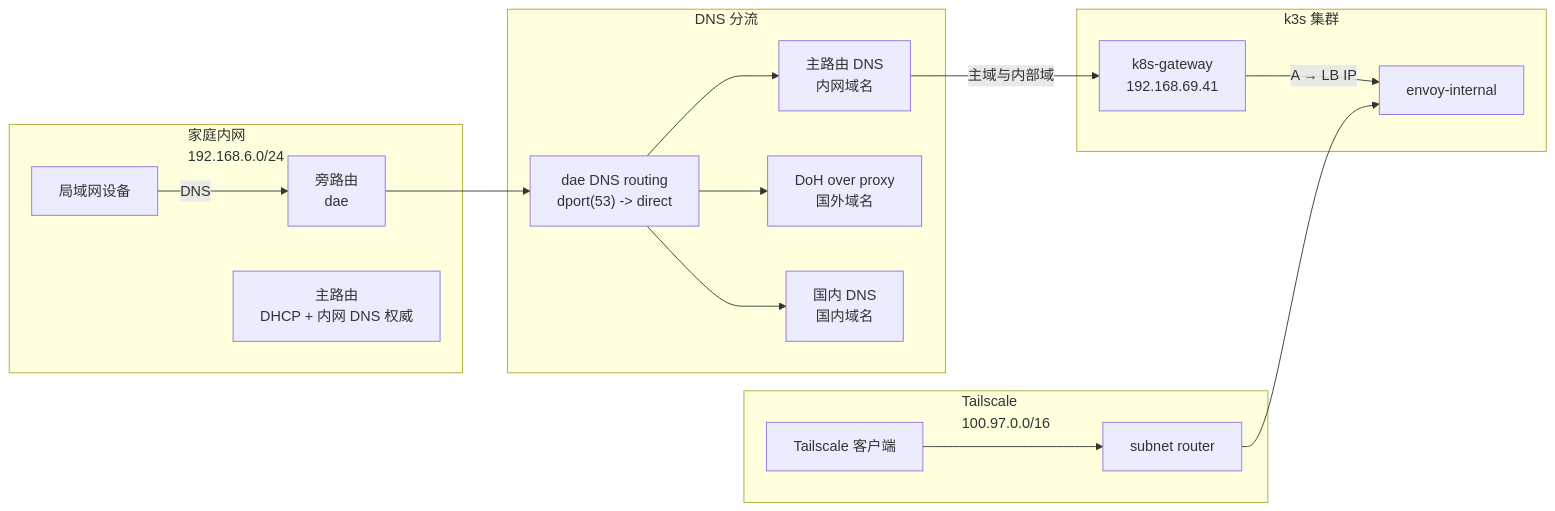
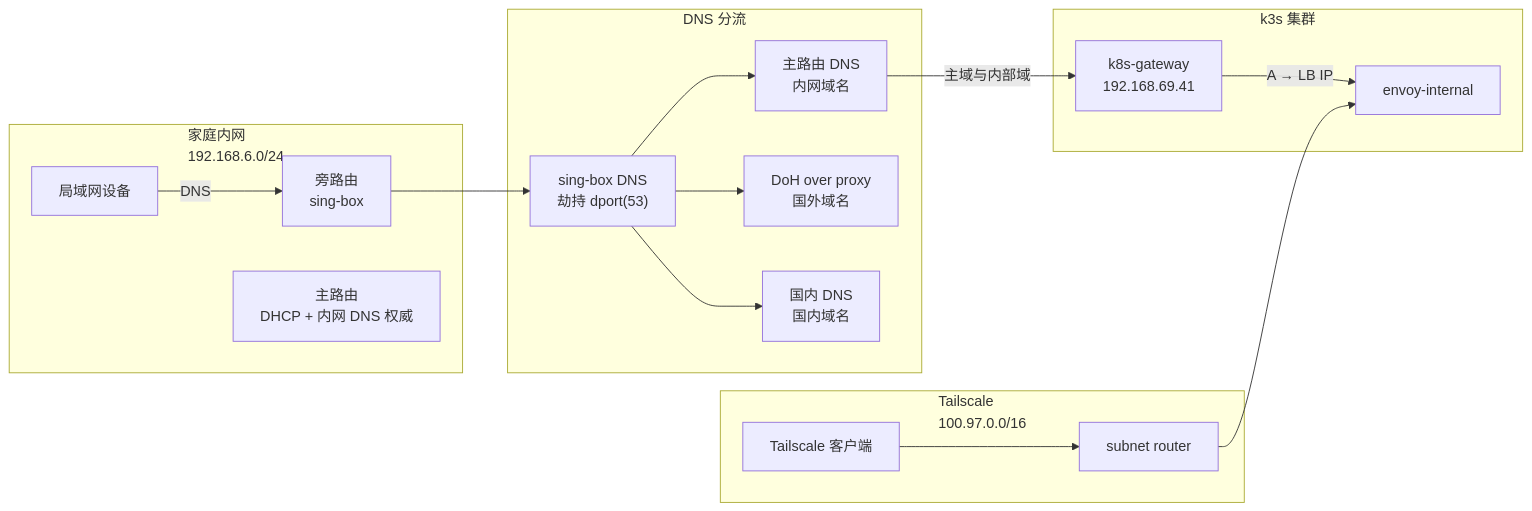
One commit to shelken/home-ops changed the fourth of 8 diagrams in docs/ARCHITECTURE.md. Above: the diagram before and after it, drawn with Mermaid. The commit also changed other lines of this file and 24 other files, not shown here.

````diff
--- a/docs/ARCHITECTURE.md
+++ b/docs/ARCHITECTURE.md
@@ -243,37 +243,37 @@
 ```mermaid
 
 graph LR
     subgraph LAN["家庭内网<br/>192.168.6.0/24"]
         Client["局域网设备"]
-        BYPASS["旁路由<br/>dae"]
+        BYPASS["旁路由<br/>sing-box"]
         Router["主路由<br/>DHCP + 内网 DNS 权威"]
     end
 
     subgraph DNSPATH["DNS 分流"]
-        DaeDNS["dae DNS routing<br/>dport(53) -> direct"]
+        SbDNS["sing-box DNS<br/>劫持 dport(53)"]
         RouterDNS["主路由 DNS<br/>内网域名"]
         ForeignDNS["DoH over proxy<br/>国外域名"]
         CNDNS["国内 DNS<br/>国内域名"]
     end
 
     subgraph TS["Tailscale<br/>100.97.0.0/16"]
         TS_Client["Tailscale 客户端"]
         TS_Subnet["subnet router"]
     end
 
     subgraph K8S["k3s 集群"]
         K8sGW["k8s-gateway<br/>192.168.69.41"]
         Envoy_Internal["envoy-internal"]
     end
 
     Client -->|"DNS"| BYPASS
-    BYPASS --> DaeDNS
-    DaeDNS --> RouterDNS
-    DaeDNS --> ForeignDNS
-    DaeDNS --> CNDNS
+    BYPASS --> SbDNS
+    SbDNS --> RouterDNS
+    SbDNS --> ForeignDNS
+    SbDNS --> CNDNS
     RouterDNS -->|"主域与内部域"| K8sGW
     K8sGW -->|"A → LB IP"| Envoy_Internal
     TS_Client --> TS_Subnet
     TS_Subnet --> Envoy_Internal
 
 ```
````
